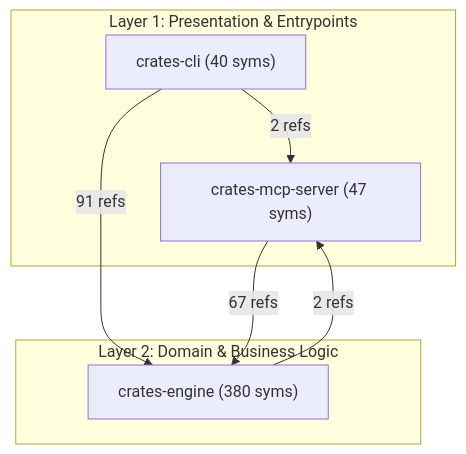
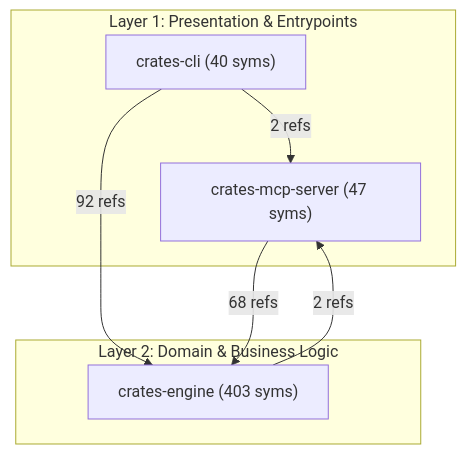
The diagram in docs/ARCHITECTURE.md (MatinBodaghi/repotrim), drawn with Mermaid before and after one commit. The commit also changed other lines of this file and 6 other files, not shown here.

````diff
--- a/docs/ARCHITECTURE.md
+++ b/docs/ARCHITECTURE.md
@@ -21,16 +21,16 @@
 ```mermaid
 flowchart TD
     subgraph Presentation["Layer 1: Presentation & Entrypoints"]
         subsys_crates_mcp_server["crates-mcp-server (47 syms)"]
         subsys_crates_cli["crates-cli (40 syms)"]
     end
 
     subgraph Domain["Layer 2: Domain & Business Logic"]
-        subsys_crates_engine["crates-engine (380 syms)"]
+        subsys_crates_engine["crates-engine (403 syms)"]
     end
 
-    subsys_crates_mcp_server -->|"67 refs"| subsys_crates_engine
-    subsys_crates_cli -->|"91 refs"| subsys_crates_engine
+    subsys_crates_mcp_server -->|"68 refs"| subsys_crates_engine
+    subsys_crates_cli -->|"92 refs"| subsys_crates_engine
     subsys_crates_cli -->|"2 refs"| subsys_crates_mcp_server
     subsys_crates_engine -->|"2 refs"| subsys_crates_mcp_server
 ```
````
